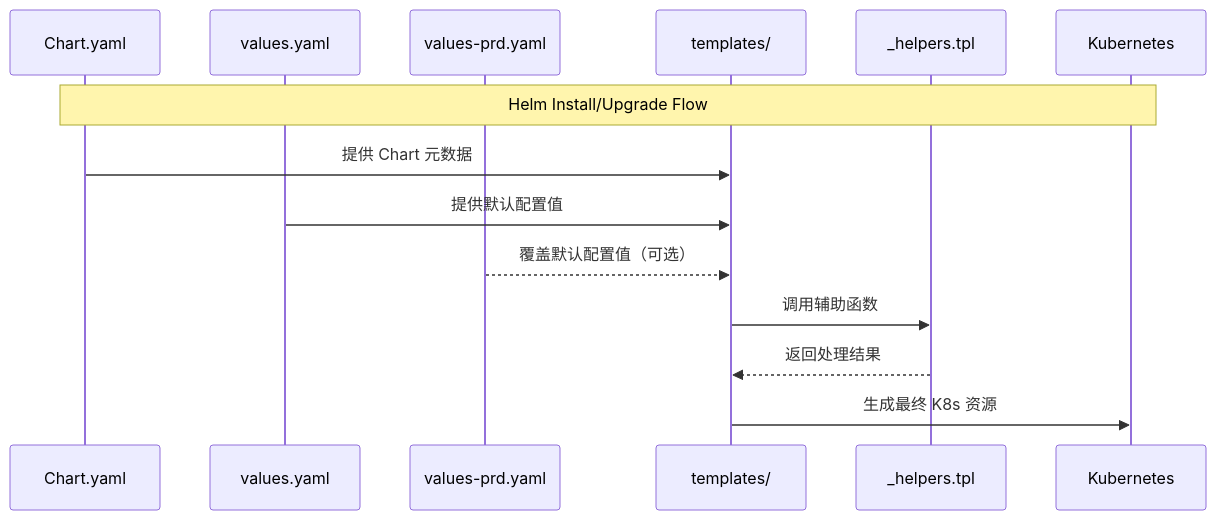
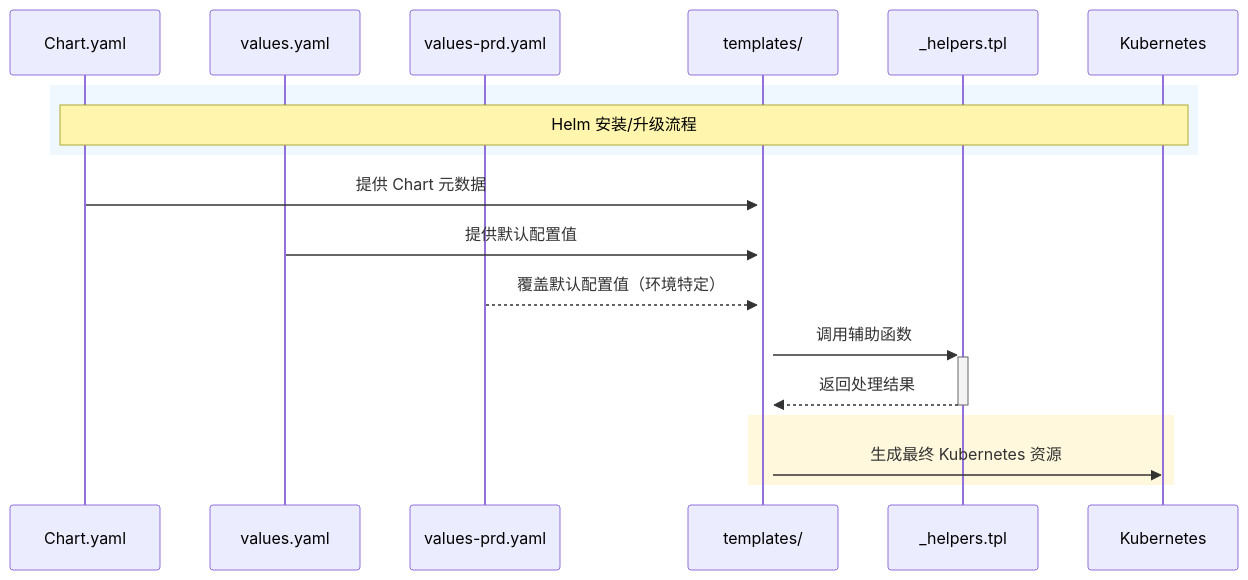
One commit to aibangjuxin/knowledge changed the fourth of 6 diagrams in k8s/helm.md. Above: the diagram before and after it, drawn with Mermaid. The commit also changed other lines of this file, not shown here.

Commit message:
This is for my macOS git push or pull at Sat Mar  1 20:43:01 CST 2025. Last changed file: k8s/helm.md

````diff
--- a/k8s/helm.md
+++ b/k8s/helm.md
@@ -62,19 +170,26 @@
 ```mermaid
 sequenceDiagram
     participant C as Chart.yaml
     participant V as values.yaml
     participant VP as values-prd.yaml
     participant T as templates/
     participant H as _helpers.tpl
     participant K as Kubernetes
-
-    Note over C,K: Helm Install/Upgrade Flow
     
-    C->>T: 提供 Chart 元数据
-    V->>T: 提供默认配置值
-    VP-->>T: 覆盖默认配置值（可选）
-    T->>H: 调用辅助函数
-    H-->>T: 返回处理结果
-    T->>K: 生成最终 K8s 资源
-
+    rect rgb(240, 248, 255)
+        Note over C,K: Helm 安装/升级流程
+    end
+    
+    C->>+T: 提供 Chart 元数据
+    
+    V->>+T: 提供默认配置值
+    
+    VP-->>T: 覆盖默认配置值（环境特定）
+    
+    T->>+H: 调用辅助函数
+    H-->>-T: 返回处理结果
+    
+    rect rgb(255, 248, 220)
+        T->>K: 生成最终 Kubernetes 资源
+    end
 ```
````
